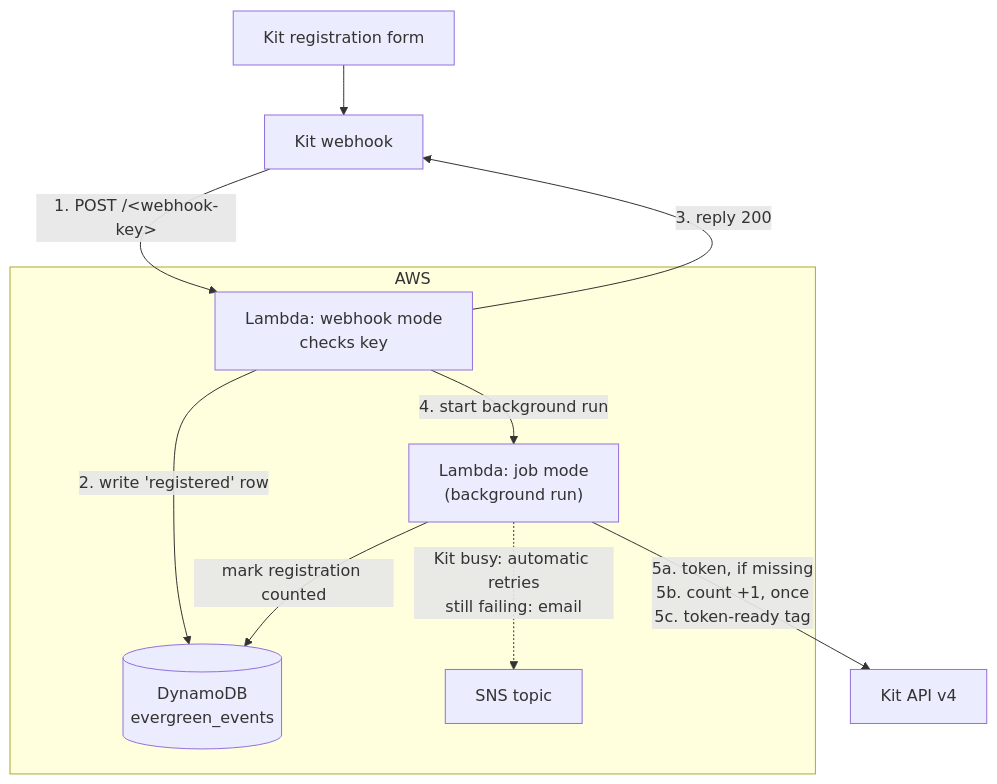
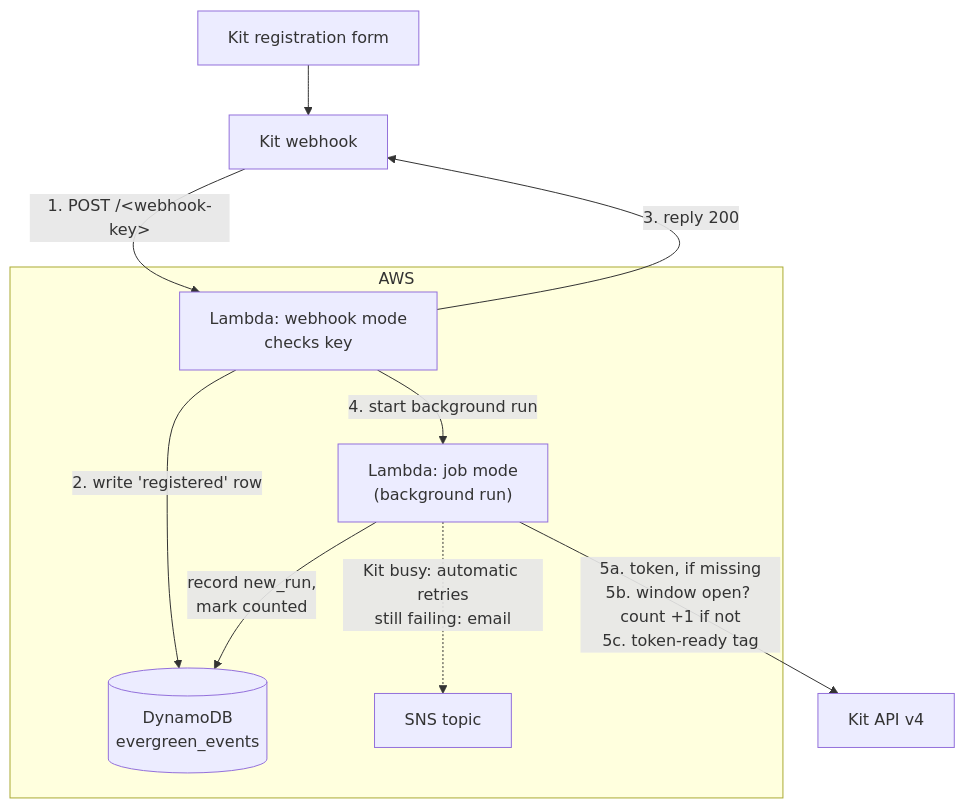
The diagram in evergreen-sms-webinar-registration-python/README.md (fire-crest/zki-lambda), drawn with Mermaid before and after one commit. The commit also changed other lines of this file and 6 other files, not shown here.

Commit message:
Count registrations and watches once per watch-and-purchase run

````diff
--- a/evergreen-sms-webinar-registration-python/README.md
+++ b/evergreen-sms-webinar-registration-python/README.md
@@ -6,17 +6,17 @@
 ```mermaid
 flowchart TD
     Form["Kit registration form"] --> Hook
     Hook["Kit webhook"] -->|"1. POST /&lt;webhook-key&gt;"| Fn
     subgraph AWS
         Fn["Lambda: webhook mode<br/>checks key"]
         Job["Lambda: job mode<br/>(background run)"]
         DB[("DynamoDB<br/>evergreen_events")]
         SNS["SNS topic"]
     end
     Fn -->|"2. write 'registered' row"| DB
     Fn -->|"3. reply 200"| Hook
     Fn -->|"4. start background run"| Job
-    Job -->|"5a. token, if missing<br/>5b. count +1, once<br/>5c. token-ready tag"| Kit["Kit API v4"]
-    Job -->|"mark registration counted"| DB
+    Job -->|"5a. token, if missing<br/>5b. window open? count +1 if not<br/>5c. token-ready tag"| Kit["Kit API v4"]
+    Job -->|"record new_run,<br/>mark counted"| DB
     Job -. "Kit busy: automatic retries<br/>still failing: email" .-> SNS
 ```
````
